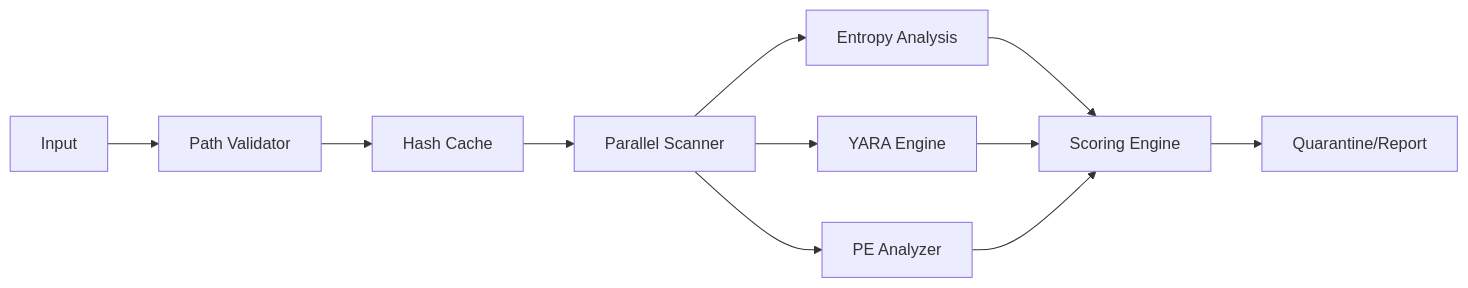
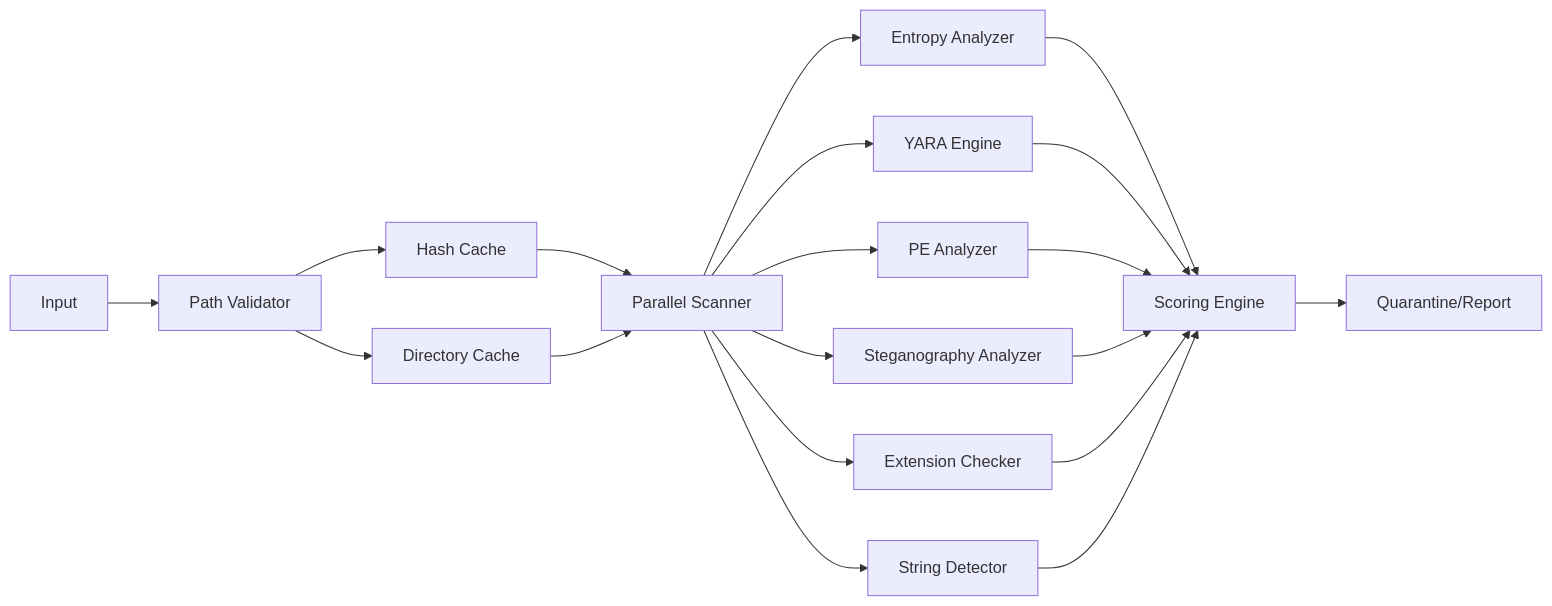
One commit to FelipeMenezes937/HeapSec changed the diagram in README.md. Above: the diagram before and after it, drawn with Mermaid. The commit also changed other lines of this file and 2 other files, not shown here.

````diff
--- a/README.md
+++ b/README.md
@@ -37,13 +37,21 @@
 ```mermaid
 graph LR
     A[Input] --> B[Path Validator]
     B --> C[Hash Cache]
-    C --> D[Parallel Scanner]
-    D --> E[Entropy Analysis]
-    D --> F[YARA Engine]
-    D --> G[PE Analyzer]
-    E --> H[Scoring Engine]
-    F --> H
-    G --> H
-    H --> I[Quarantine/Report]
+    B --> D[Directory Cache]
+    C --> E[Parallel Scanner]
+    D --> E
+    E --> F[Entropy Analyzer]
+    E --> G[YARA Engine]
+    E --> H[PE Analyzer]
+    E --> I[Steganography Analyzer]
+    E --> J[Extension Checker]
+    E --> K[String Detector]
+    F --> L[Scoring Engine]
+    G --> L
+    H --> L
+    I --> L
+    J --> L
+    K --> L
+    L --> M[Quarantine/Report]
 ```
````
